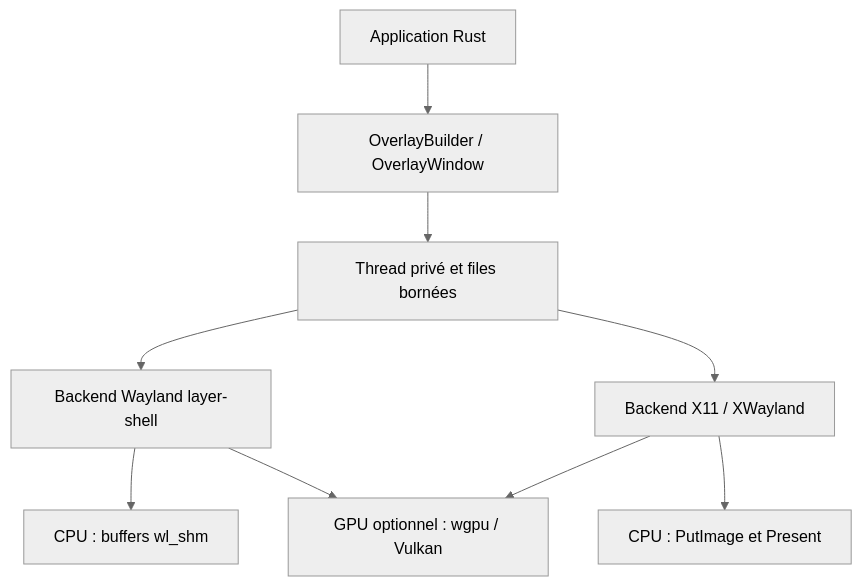
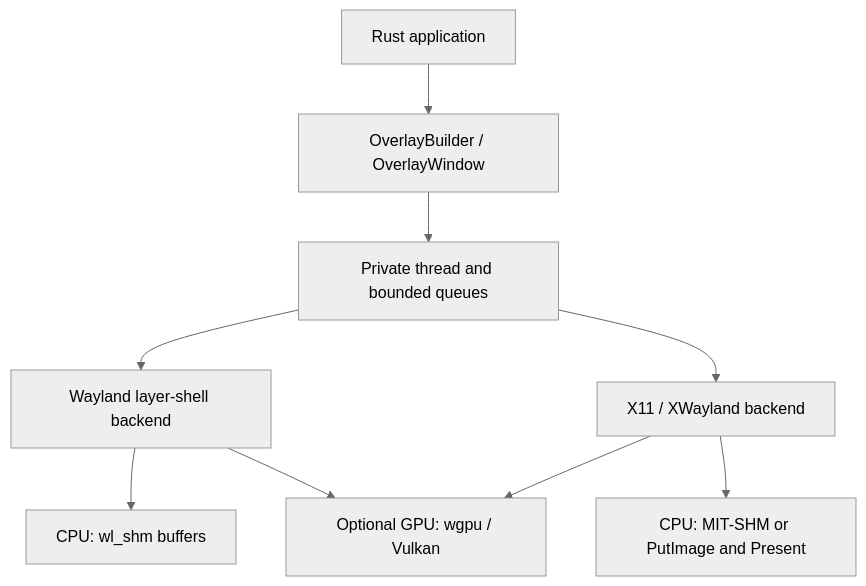
One commit to CyberSnakeH/liboverlay-rs changed the diagram in docs/ARCHITECTURE.md. Above: the diagram before and after it, drawn with Mermaid (neutral theme). The commit also changed other lines of this file and 100 other files, not shown here.

````diff
--- a/docs/ARCHITECTURE.md
+++ b/docs/ARCHITECTURE.md
@@ -7,11 +7,11 @@
 ```mermaid
 flowchart TD
-    App[Application Rust] --> API[OverlayBuilder / OverlayWindow]
-    API --> Runtime[Thread privé et files bornées]
-    Runtime --> Wayland[Backend Wayland layer-shell]
-    Runtime --> X11[Backend X11 / XWayland]
-    Wayland --> CPUW[CPU : buffers wl_shm]
-    X11 --> CPUX[CPU : PutImage et Present]
-    Wayland --> GPU[GPU optionnel : wgpu / Vulkan]
+    App[Rust application] --> API[OverlayBuilder / OverlayWindow]
+    API --> Runtime[Private thread and bounded queues]
+    Runtime --> Wayland[Wayland layer-shell backend]
+    Runtime --> X11[X11 / XWayland backend]
+    Wayland --> CPUW[CPU: wl_shm buffers]
+    X11 --> CPUX[CPU: MIT-SHM or PutImage and Present]
+    Wayland --> GPU[Optional GPU: wgpu / Vulkan]
     X11 --> GPU
 ```
````
